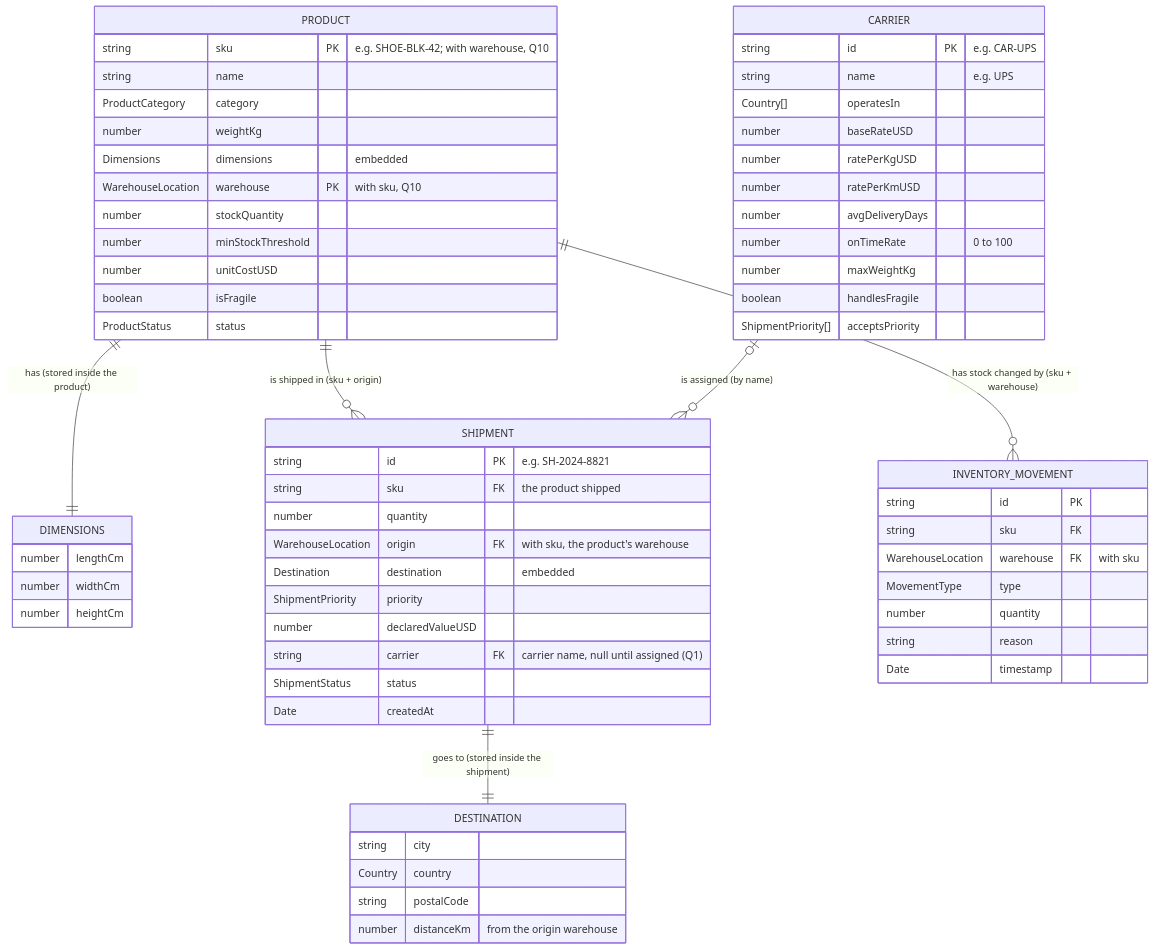
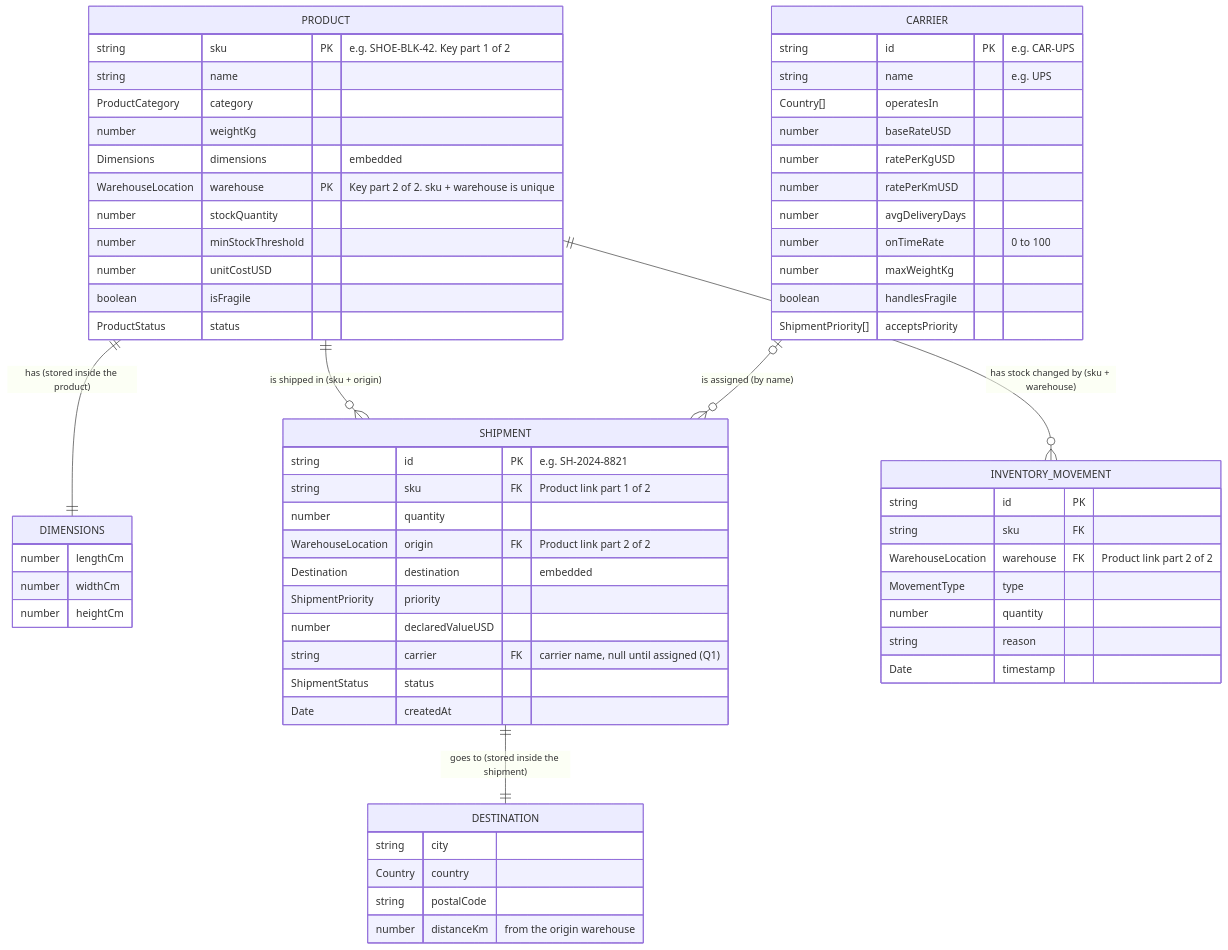
Before and after one commit to Sun-flow/TrackFlow-Company-Overhaul: the first of 2 diagrams in packages/warehouse-logic/docs/erd.md, drawn with Mermaid. The commit also changed other lines of this file, not shown here.

Commit message:
Spell out the ERD's two-part product key, so its field notes read without the question numbers
Claude-Session: https://claude.ai/code/session_01UTLgeMvwuSiLDL91VVHRab

````diff
--- a/packages/warehouse-logic/docs/erd.md
+++ b/packages/warehouse-logic/docs/erd.md
@@ -10,67 +12,67 @@
 ```mermaid
 erDiagram
     PRODUCT {
-        string sku PK "e.g. SHOE-BLK-42; with warehouse, Q10"
+        string sku PK "e.g. SHOE-BLK-42. Key part 1 of 2"
         string name
         ProductCategory category
         number weightKg
         Dimensions dimensions "embedded"
-        WarehouseLocation warehouse PK "with sku, Q10"
+        WarehouseLocation warehouse PK "Key part 2 of 2. sku + warehouse is unique"
         number stockQuantity
         number minStockThreshold
         number unitCostUSD
         boolean isFragile
         ProductStatus status
     }
     DIMENSIONS {
         number lengthCm
         number widthCm
         number heightCm
     }
     SHIPMENT {
         string id PK "e.g. SH-2024-8821"
-        string sku FK "the product shipped"
+        string sku FK "Product link part 1 of 2"
         number quantity
-        WarehouseLocation origin FK "with sku, the product's warehouse"
+        WarehouseLocation origin FK "Product link part 2 of 2"
         Destination destination "embedded"
         ShipmentPriority priority
         number declaredValueUSD
         string carrier FK "carrier name, null until assigned (Q1)"
         ShipmentStatus status
         Date createdAt
     }
     DESTINATION {
         string city
         Country country
         string postalCode
         number distanceKm "from the origin warehouse"
     }
     CARRIER {
         string id PK "e.g. CAR-UPS"
         string name "e.g. UPS"
         Country[] operatesIn
         number baseRateUSD
         number ratePerKgUSD
         number ratePerKmUSD
         number avgDeliveryDays
         number onTimeRate "0 to 100"
         number maxWeightKg
         boolean handlesFragile
         ShipmentPriority[] acceptsPriority
     }
     INVENTORY_MOVEMENT {
         string id PK
         string sku FK
-        WarehouseLocation warehouse FK "with sku"
+        WarehouseLocation warehouse FK "Product link part 2 of 2"
         MovementType type
         number quantity
         string reason
         Date timestamp
     }
 
     PRODUCT ||--|| DIMENSIONS : "has (stored inside the product)"
     SHIPMENT ||--|| DESTINATION : "goes to (stored inside the shipment)"
     PRODUCT ||--o{ SHIPMENT : "is shipped in (sku + origin)"
     PRODUCT ||--o{ INVENTORY_MOVEMENT : "has stock changed by (sku + warehouse)"
     CARRIER |o--o{ SHIPMENT : "is assigned (by name)"
 ```
````
